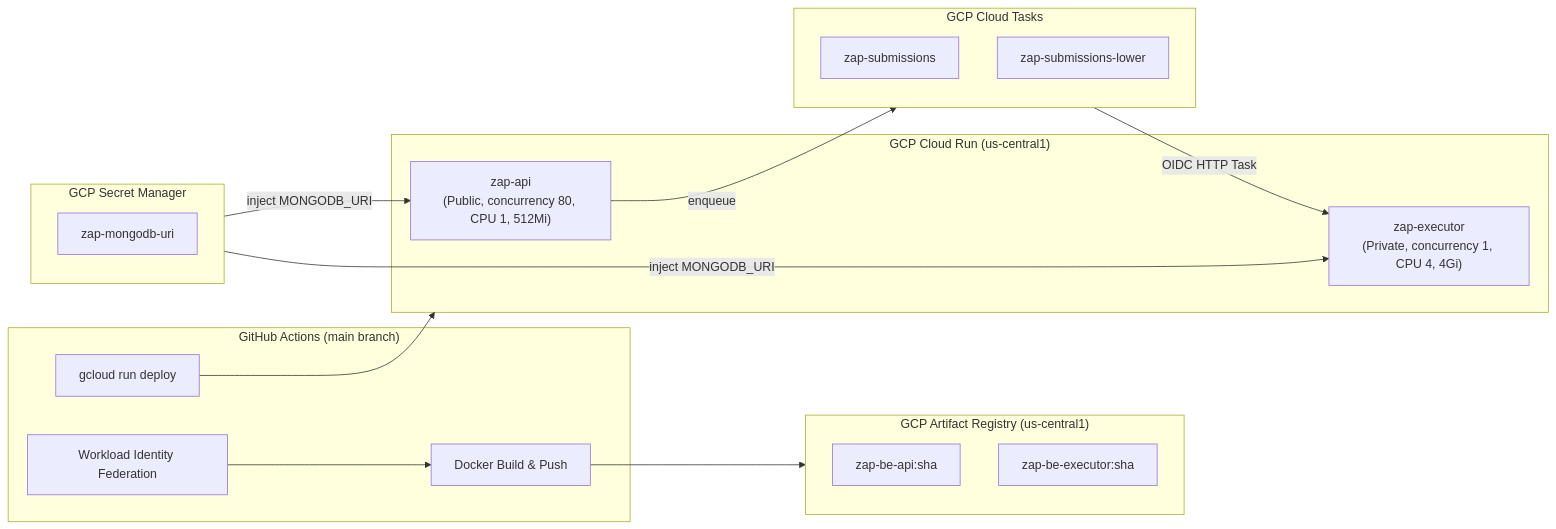
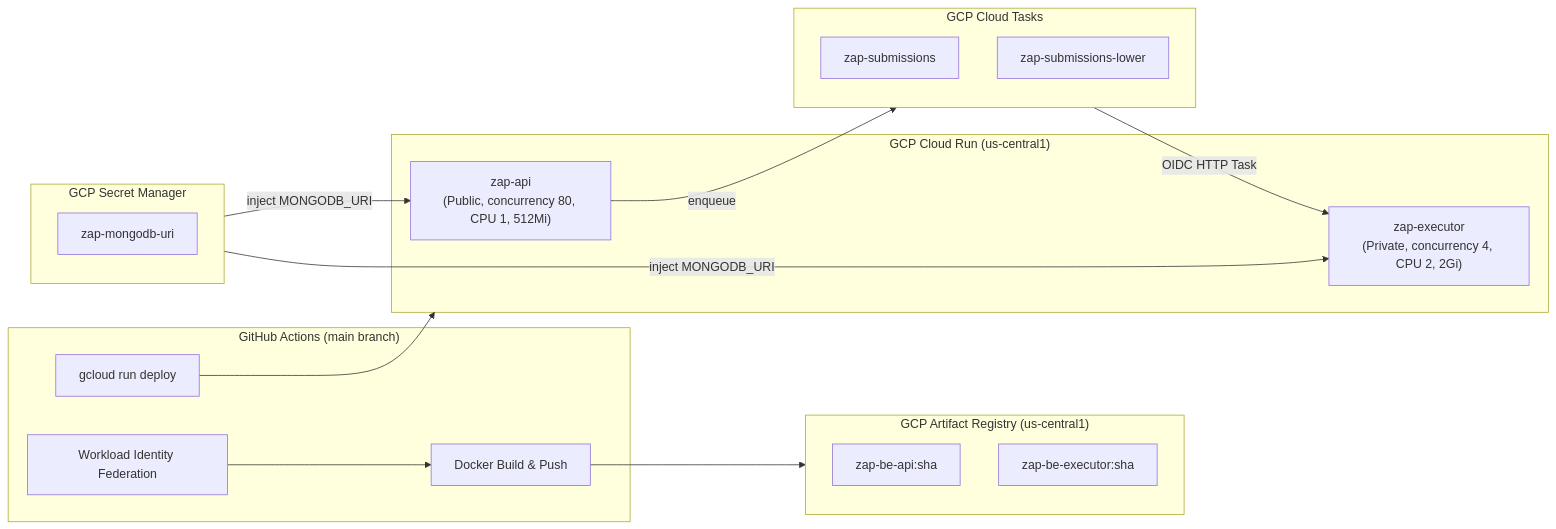
One commit to alendnl/zap changed the first of 2 diagrams in docs/infrastructure/cloud-and-pipeline.md. Above: the diagram before and after it, drawn with Mermaid. The commit also changed other lines of this file and 1 other file, not shown here.

Commit message:
chore(infra): configure zap-executor to 2CPU, 2Gi RAM, concurrency 4, max 10 instances

````diff
--- a/docs/infrastructure/cloud-and-pipeline.md
+++ b/docs/infrastructure/cloud-and-pipeline.md
@@ -9,34 +9,34 @@
 ```mermaid
 flowchart LR
     subgraph CI["GitHub Actions (main branch)"]
         WIF[Workload Identity Federation]
         Build[Docker Build & Push]
         Deploy[gcloud run deploy]
     end
 
     subgraph AR["GCP Artifact Registry (us-central1)"]
         IMG_API[zap-be-api:sha]
         IMG_EXEC[zap-be-executor:sha]
     end
 
     subgraph CR["GCP Cloud Run (us-central1)"]
         API["zap-api<br/>(Public, concurrency 80, CPU 1, 512Mi)"]
-        EXEC["zap-executor<br/>(Private, concurrency 1, CPU 4, 4Gi)"]
+        EXEC["zap-executor<br/>(Private, concurrency 4, CPU 2, 2Gi)"]
     end
 
     subgraph TASKS["GCP Cloud Tasks"]
         QP[zap-submissions]
         QQ[zap-submissions-lower]
     end
 
     subgraph SEC["GCP Secret Manager"]
         MDB[zap-mongodb-uri]
     end
 
     WIF --> Build --> AR
     Deploy --> CR
     API -->|"enqueue"| TASKS
     TASKS -->|"OIDC HTTP Task"| EXEC
     SEC -->|"inject MONGODB_URI"| API
     SEC -->|"inject MONGODB_URI"| EXEC
 ```
````
